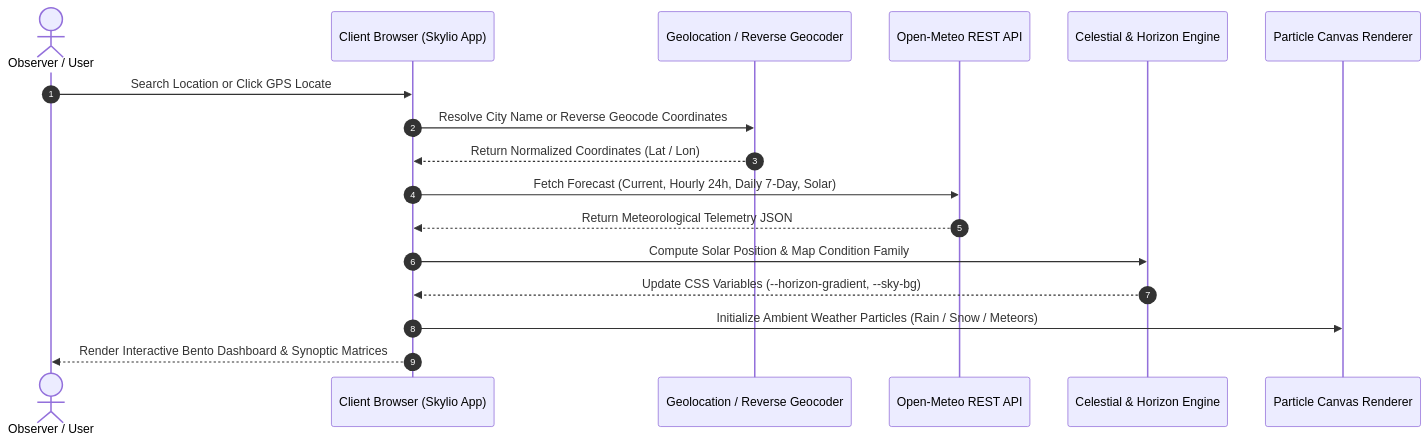
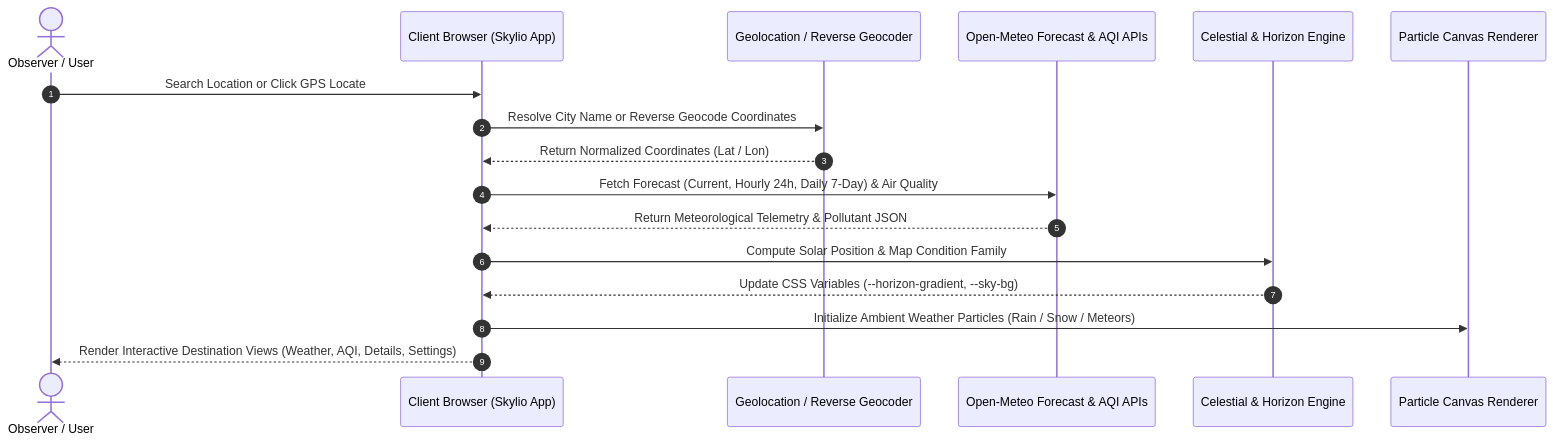
One commit to mizan989/Skylio-Weather_App changed the diagram in README.md. Above: the diagram before and after it, drawn with Mermaid. The commit also changed other lines of this file and 40 other files, not shown here.

````diff
--- a/README.md
+++ b/README.md
@@ -86,20 +88,20 @@
 ```mermaid
 sequenceDiagram
     autonumber
     actor User as Observer / User
     participant Browser as Client Browser (Skylio App)
     participant Geo as Geolocation / Reverse Geocoder
-    participant Meteo as Open-Meteo REST API
+    participant Meteo as Open-Meteo Forecast & AQI APIs
     participant Horizon as Celestial & Horizon Engine
     participant Canvas as Particle Canvas Renderer
 
     User->>Browser: Search Location or Click GPS Locate
     Browser->>Geo: Resolve City Name or Reverse Geocode Coordinates
     Geo-->>Browser: Return Normalized Coordinates (Lat / Lon)
-    Browser->>Meteo: Fetch Forecast (Current, Hourly 24h, Daily 7-Day, Solar)
-    Meteo-->>Browser: Return Meteorological Telemetry JSON
+    Browser->>Meteo: Fetch Forecast (Current, Hourly 24h, Daily 7-Day) & Air Quality
+    Meteo-->>Browser: Return Meteorological Telemetry & Pollutant JSON
     Browser->>Horizon: Compute Solar Position & Map Condition Family
     Horizon-->>Browser: Update CSS Variables (--horizon-gradient, --sky-bg)
     Browser->>Canvas: Initialize Ambient Weather Particles (Rain / Snow / Meteors)
-    Browser-->>User: Render Interactive Bento Dashboard & Synoptic Matrices
+    Browser-->>User: Render Interactive Destination Views (Weather, AQI, Details, Settings)
 ```
````
